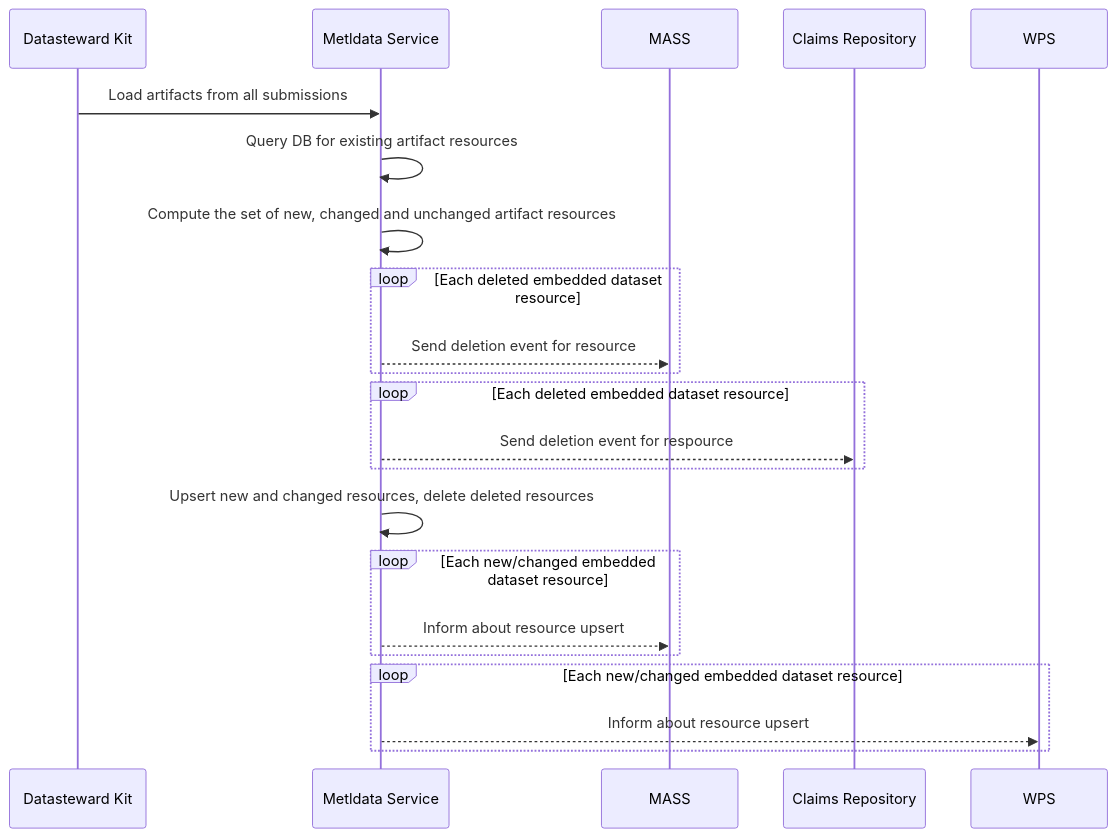
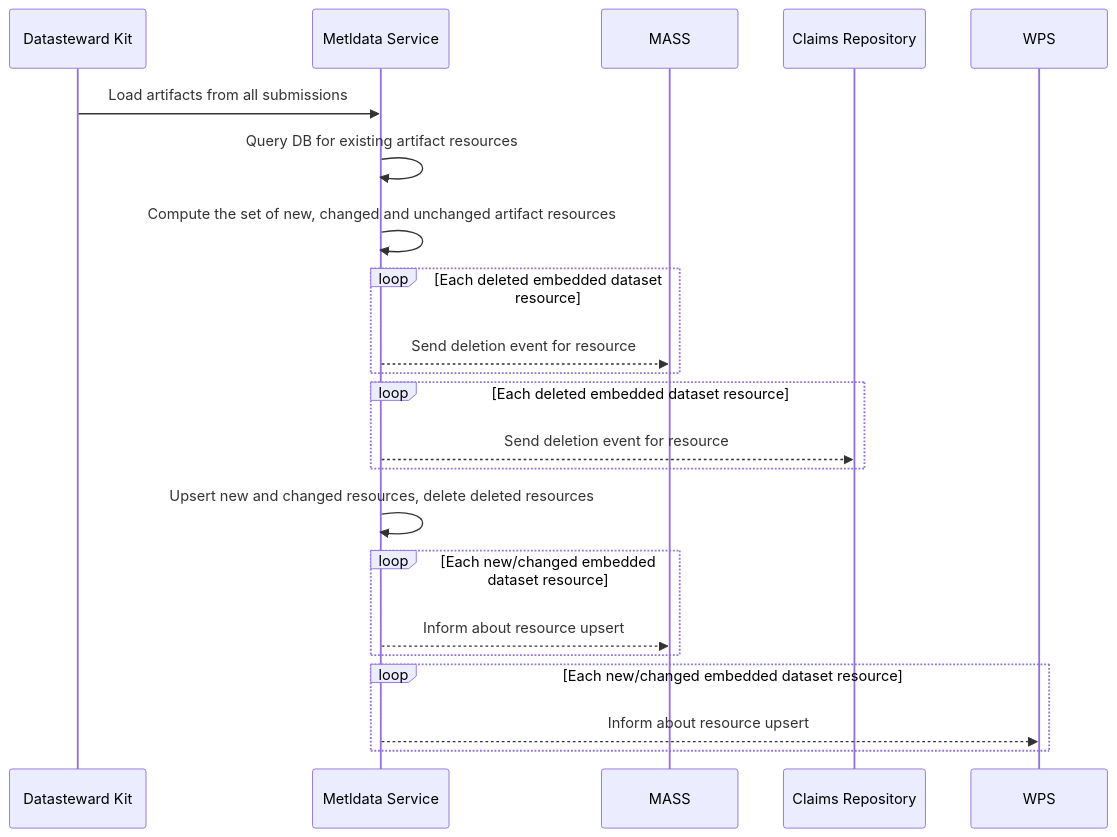
The diagram in 38-tokay-gecko/technical_specification.md (ghga-de/milestones-docs), drawn with Mermaid before and after one commit.

````diff
--- a/38-tokay-gecko/technical_specification.md
+++ b/38-tokay-gecko/technical_specification.md
@@ -37,30 +37,30 @@
 ```mermaid
 sequenceDiagram
   participant Kit as Datasteward Kit
   participant API as Metldata Service
   participant MASS
   participant claims as Claims Repository
   participant WPS
 
   Kit ->> API: Load artifacts from all submissions
   API ->> API: Query DB for existing artifact resources
   API ->> API: Compute the set of new, changed and unchanged artifact resources
 
   loop Each deleted embedded dataset resource
   API -->> MASS: Send deletion event for resource
   end
 
   loop Each deleted embedded dataset resource
-  API -->> claims: Send deletion event for respource
+  API -->> claims: Send deletion event for resource
   end
 
   API ->> API: Upsert new and changed resources, delete deleted resources
 
   loop Each new/changed embedded dataset resource
   API -->> MASS: Inform about resource upsert
   end
 
   loop Each new/changed embedded dataset resource
   API -->> WPS: Inform about resource upsert
   end
 ```
````
